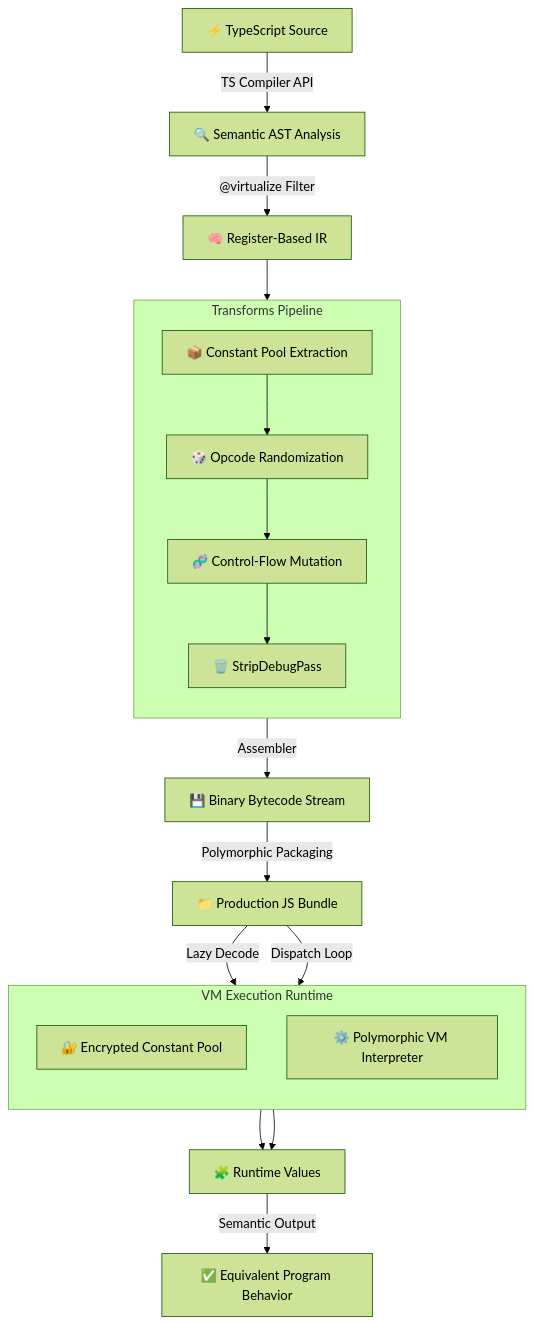
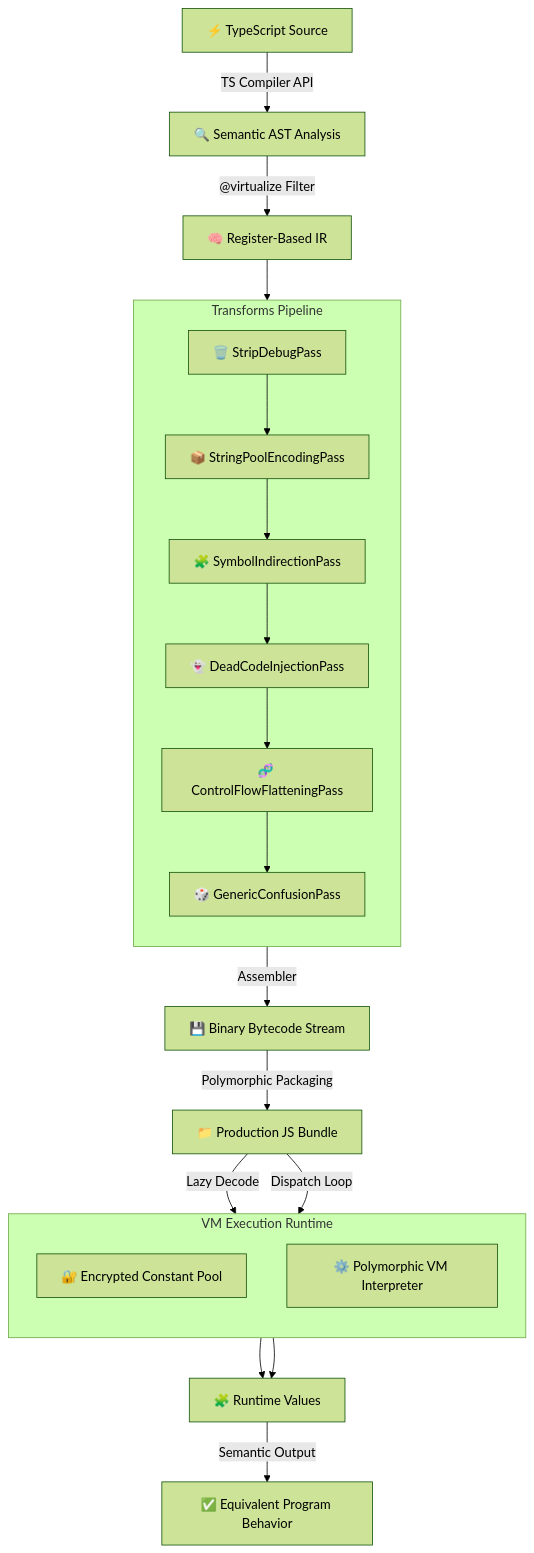
Before and after one commit to Tr0ngX/ts-vm-obfuscator: the diagram in README.md, drawn with Mermaid (forest theme).

Commit message:
docs(readme): update Architecture diagram to reflect exact transform passes

````diff
--- a/README.md
+++ b/README.md
@@ -85,35 +85,39 @@
 ```mermaid
 graph TD
     A["⚡ TypeScript Source"] -->|"TS Compiler API"| B["🔍 Semantic AST Analysis"]
     B -->|"@virtualize Filter"| C["🧠 Register-Based IR"]
 
     subgraph T["Transforms Pipeline"]
         direction TB
-        T1["📦 Constant Pool Extraction"]
-        T2["🎲 Opcode Randomization"]
-        T3["🧬 Control-Flow Mutation"]
-        T4["🗑️ StripDebugPass"]
+        T1["🗑️ StripDebugPass"]
+        T2["📦 StringPoolEncodingPass"]
+        T3["🧩 SymbolIndirectionPass"]
+        T4["👻 DeadCodeInjectionPass"]
+        T5["🧬 ControlFlowFlatteningPass"]
+        T6["🎲 GenericConfusionPass"]
     end
     
     C --> T1
     T1 --> T2
     T2 --> T3
     T3 --> T4
+    T4 --> T5
+    T5 --> T6
 
-    T4 -->|"Assembler"| G["💾 Binary Bytecode Stream"]
+    T6 -->|"Assembler"| G["💾 Binary Bytecode Stream"]
     G -->|"Polymorphic Packaging"| H["📁 Production JS Bundle"]
 
     subgraph R["VM Execution Runtime"]
         direction TB
         R1["🔐 Encrypted Constant Pool"]
         R2["⚙️ Polymorphic VM Interpreter"]
     end
     
     H -->|"Lazy Decode"| R1
     H -->|"Dispatch Loop"| R2
     
     R1 --> K["🧩 Runtime Values"]
     R2 --> K
 
     K -->|"Semantic Output"| L["✅ Equivalent Program Behavior"]
 ```
````
